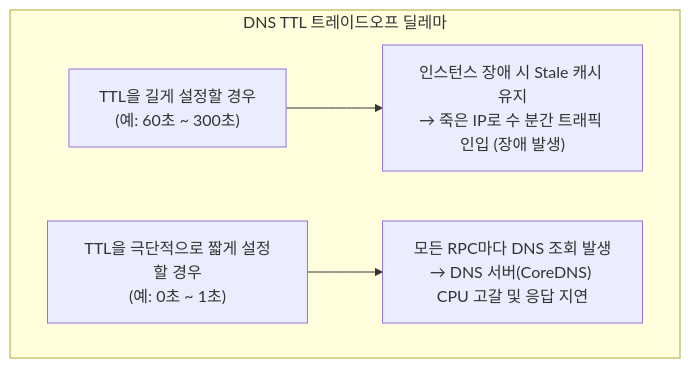
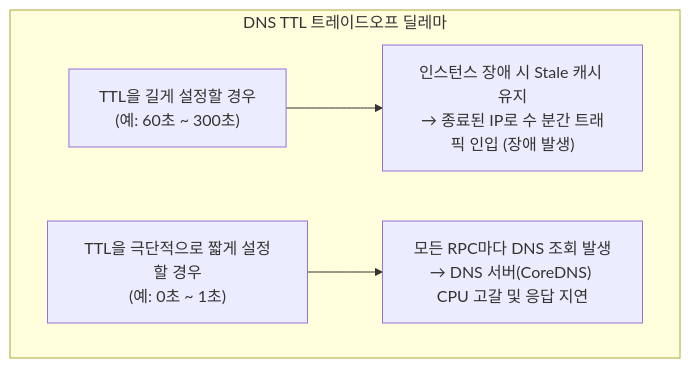
The third of 7 diagrams in src/content/posts/service-discovery-deep-dive.md (studylida/studylida.github.io), drawn with Mermaid before and after one commit. The commit also changed other lines of this file and 10 other files, not shown here.

````diff
--- a/src/content/posts/service-discovery-deep-dive.md
+++ b/src/content/posts/service-discovery-deep-dive.md
@@ -63,7 +63,7 @@
 ```mermaid
 flowchart TD
     subgraph Dilemma ["DNS TTL 트레이드오프 딜레마"]
-        T1["TTL을 길게 설정할 경우<br/>(예: 60초 ~ 300초)"] --> R1["인스턴스 장애 시 Stale 캐시 유지<br/>→ 죽은 IP로 수 분간 트래픽 인입 (장애 발생)"]
+        T1["TTL을 길게 설정할 경우<br/>(예: 60초 ~ 300초)"] --> R1["인스턴스 장애 시 Stale 캐시 유지<br/>→ 종료된 IP로 수 분간 트래픽 인입 (장애 발생)"]
         T2["TTL을 극단적으로 짧게 설정할 경우<br/>(예: 0초 ~ 1초)"] --> R2["모든 RPC마다 DNS 조회 발생<br/>→ DNS 서버(CoreDNS) CPU 고갈 및 응답 지연"]
     end
 ```
````
